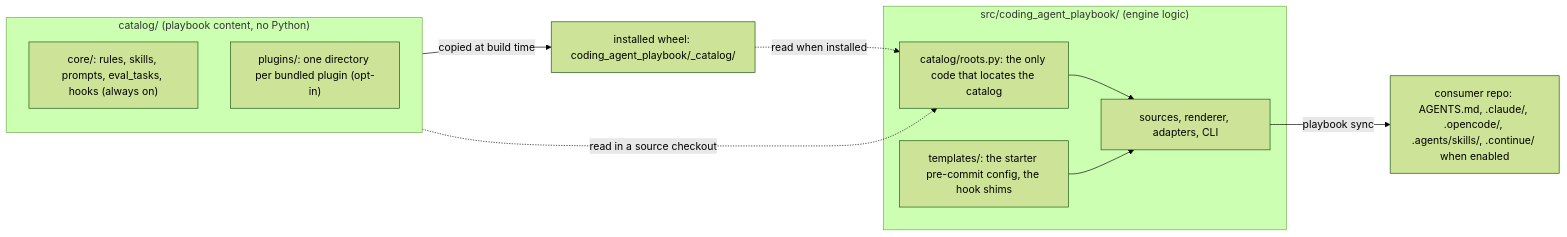
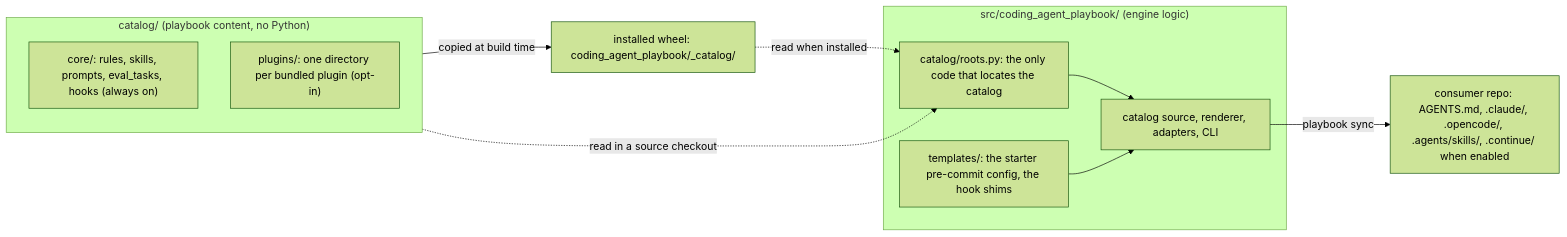
The diagram in README.md (msobroza/coding-agent-playbook), drawn with Mermaid (forest theme) before and after one commit. The commit also changed 4 other files, not shown here.

````diff
--- a/README.md
+++ b/README.md
@@ -161,20 +161,20 @@
 ```mermaid
 flowchart LR
     subgraph catalog["catalog/ (playbook content, no Python)"]
         core["core/: rules, skills, prompts, eval_tasks, hooks (always on)"]
         plugins["plugins/: one directory per bundled plugin (opt-in)"]
     end
     subgraph src["src/coding_agent_playbook/ (engine logic)"]
         resolver["catalog/roots.py: the only code that locates the catalog"]
-        engine["sources, renderer, adapters, CLI"]
+        engine["catalog source, renderer, adapters, CLI"]
         template["templates/: the starter pre-commit config, the hook shims"]
     end
     wheel["installed wheel: coding_agent_playbook/_catalog/"]
     consumer["consumer repo: AGENTS.md, .claude/, .opencode/, .agents/skills/, .continue/ when enabled"]
     catalog -->|"copied at build time"| wheel
     catalog -.->|"read in a source checkout"| resolver
     wheel -.->|"read when installed"| resolver
     resolver --> engine
     template --> engine
     engine -->|"playbook sync"| consumer
 ```
````
